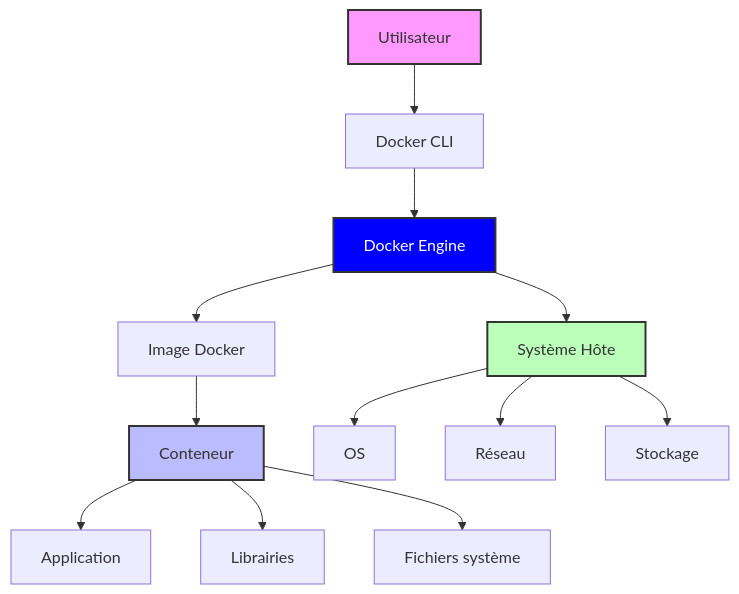
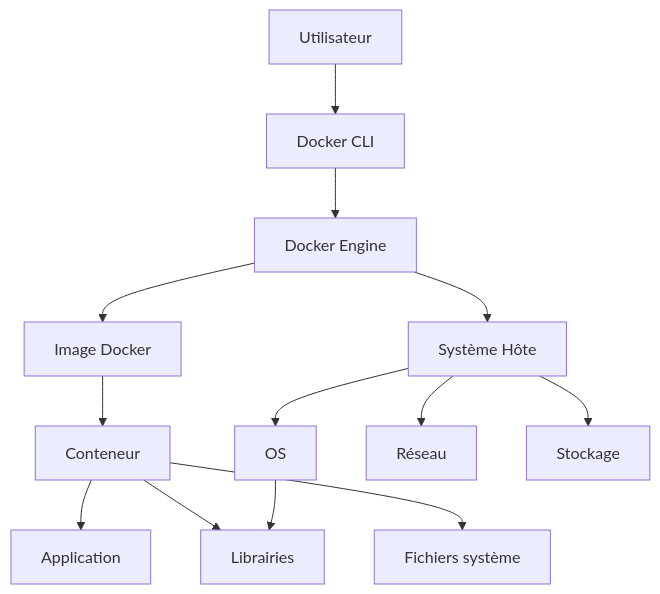
One commit to Aif4thah/Dojo-101 changed the diagram in Dojo-101-SecOps/Docker.md. Above: the diagram before and after it, drawn with Mermaid. The commit also changed 1 other file, not shown here.

````diff
--- a/Dojo-101-SecOps/Docker.md
+++ b/Dojo-101-SecOps/Docker.md
@@ -5,19 +5,15 @@
 ```mermaid
 flowchart TD
     A[Utilisateur] --> B[Docker CLI]
     B --> C[Docker Engine]
     C --> D[Image Docker]
     D --> E[Conteneur]
     E --> F[Application]
     E --> G[Librairies]
     E --> H[Fichiers système]
     C --> I[Système Hôte]
     I --> J[OS]
     I --> K[Réseau]
     I --> L[Stockage]
-
-    style A fill:#f9f,stroke:#333,stroke-width:2px
-    style C fill:#00f,stroke:#333,stroke-width:2px,color:#fff
-    style E fill:#bbf,stroke:#333,stroke-width:2px
-    style I fill:#bfb,stroke:#333,stroke-width:2px
+    J --> G
 ```
````
